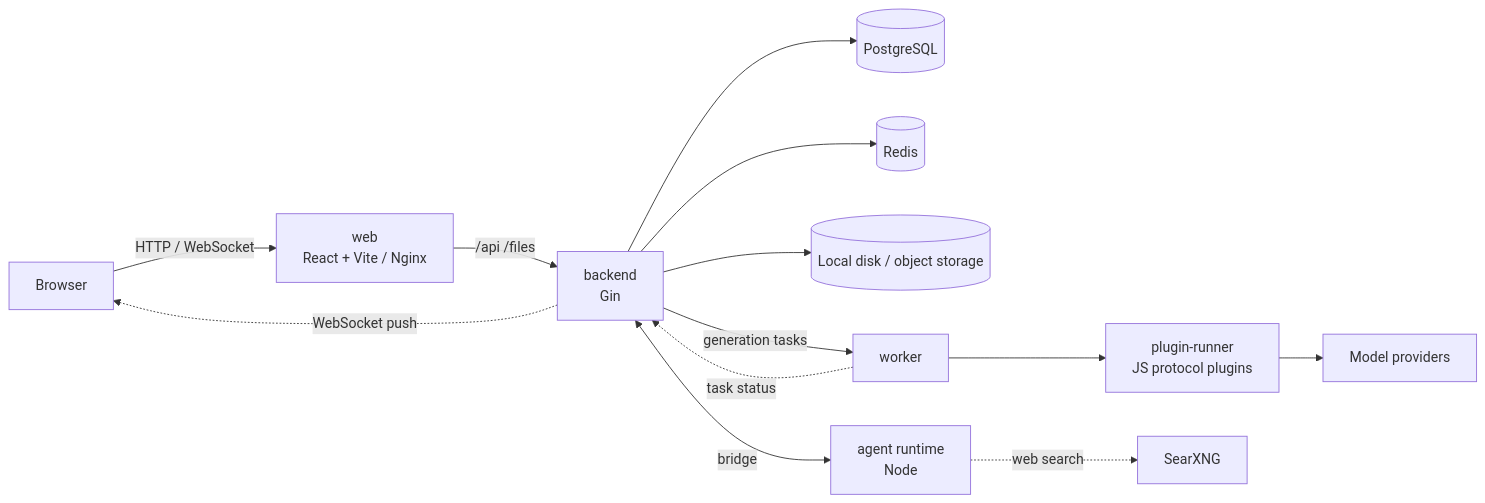
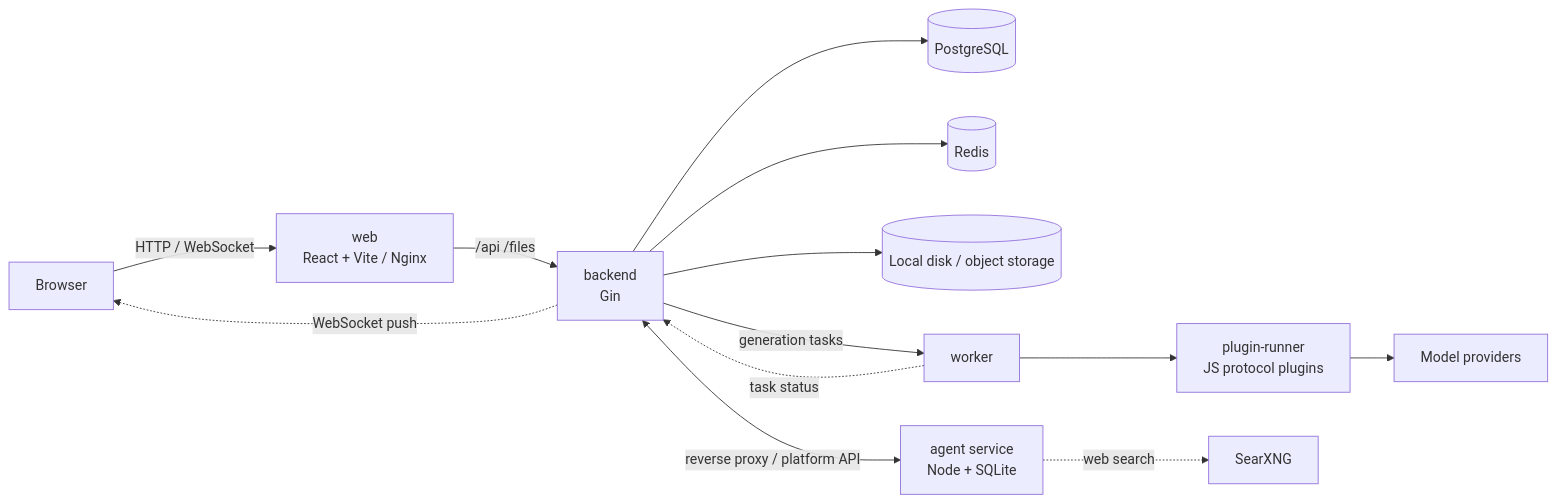
Before and after one commit to zaylora/video-canvas: the diagram in docs/development.en.md, drawn with Mermaid. The commit also changed other lines of this file and 113 other files, not shown here.

````diff
--- a/docs/development.en.md
+++ b/docs/development.en.md
@@ -47,15 +47,15 @@
 ```mermaid
 flowchart LR
   B[Browser] -->|HTTP / WebSocket| W[web<br/>React + Vite / Nginx]
   W -->|/api /files| S[backend<br/>Gin]
   S --> P[(PostgreSQL)]
   S --> R[(Redis)]
   S --> O[(Local disk / object storage)]
   S -->|generation tasks| K[worker]
   K --> PR[plugin-runner<br/>JS protocol plugins]
   PR --> M[Model providers]
-  S <-->|bridge| A[agent runtime<br/>Node]
+  S <-->|reverse proxy / platform API| A[agent service<br/>Node + SQLite]
   A -. web search .-> SX[SearXNG]
   K -. task status .-> S
   S -. WebSocket push .-> B
 ```
````
